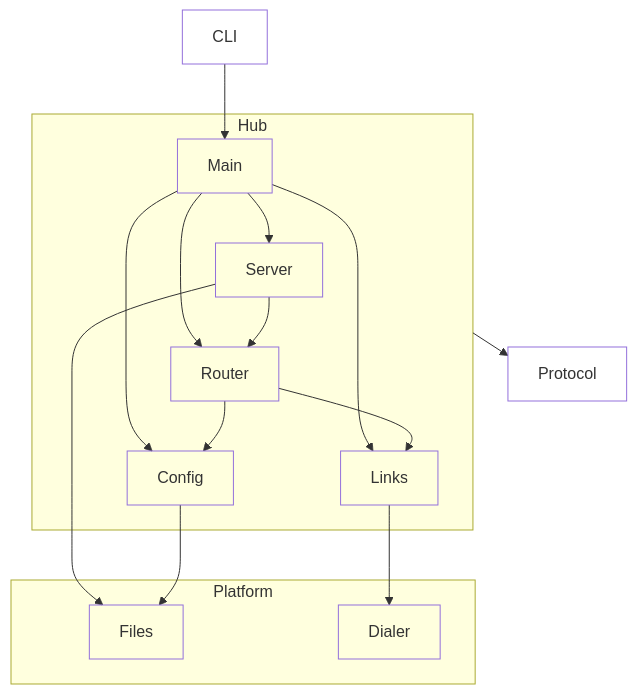
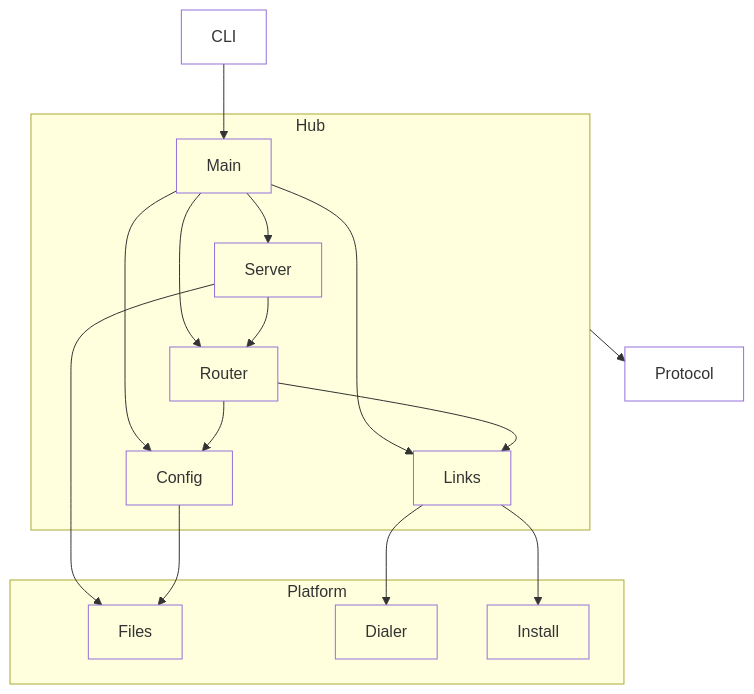
Before and after one commit to MotleyAI/worktree-term: the diagram in architecture/hub.arc42.md, drawn with Mermaid. The commit also changed 51 other files, not shown here.

Commit message:
DEV-2054 PR 5: failing tests for remote hosts, installers, repo management and host status; platform.install in the model; probe outcomes (old Node on the plain PATH passed over)

````diff
--- a/architecture/hub.arc42.md
+++ b/architecture/hub.arc42.md
@@ -12,31 +12,33 @@
 ```mermaid
 flowchart TD
   %% hub: Hub
   protocol["Protocol"]
   subgraph platform["Platform"]
     platform__files["Files"]
     platform__dialer["Dialer"]
+    platform__install["Install"]
   end
   subgraph hub["Hub"]
     hub__server["Server"]
     hub__links["Links"]
     hub__config["Config"]
     hub__router["Router"]
     hub__main["Main"]
   end
   cli["CLI"]
   hub --> protocol
   hub__server --> platform__files
   hub__config --> platform__files
   hub__links --> platform__dialer
+  hub__links --> platform__install
   hub__main --> hub__server
   hub__main --> hub__router
   hub__main --> hub__links
   hub__main --> hub__config
   hub__server --> hub__router
   hub__router --> hub__links
   hub__router --> hub__config
   cli --> hub__main
   classDef leaf fill:none;
-  class protocol,platform__files,platform__dialer,hub__server,hub__links,hub__config,hub__router,hub__main,cli leaf;
+  class protocol,platform__files,platform__dialer,platform__install,hub__server,hub__links,hub__config,hub__router,hub__main,cli leaf;
 ```
````
